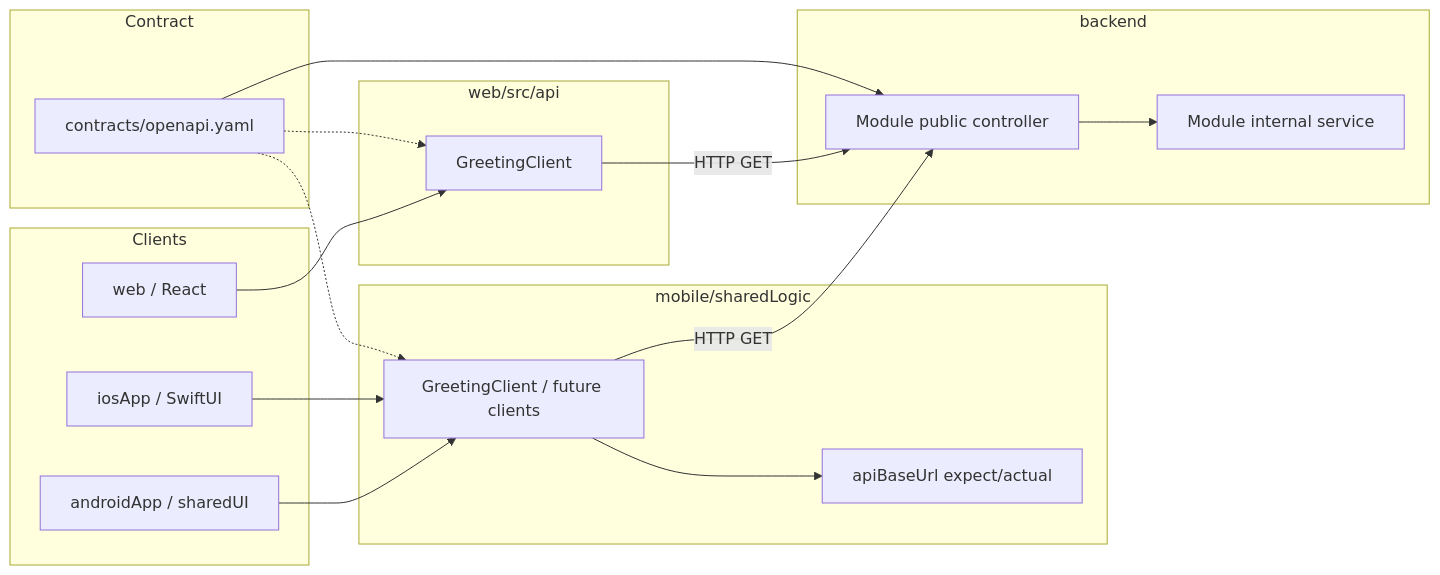
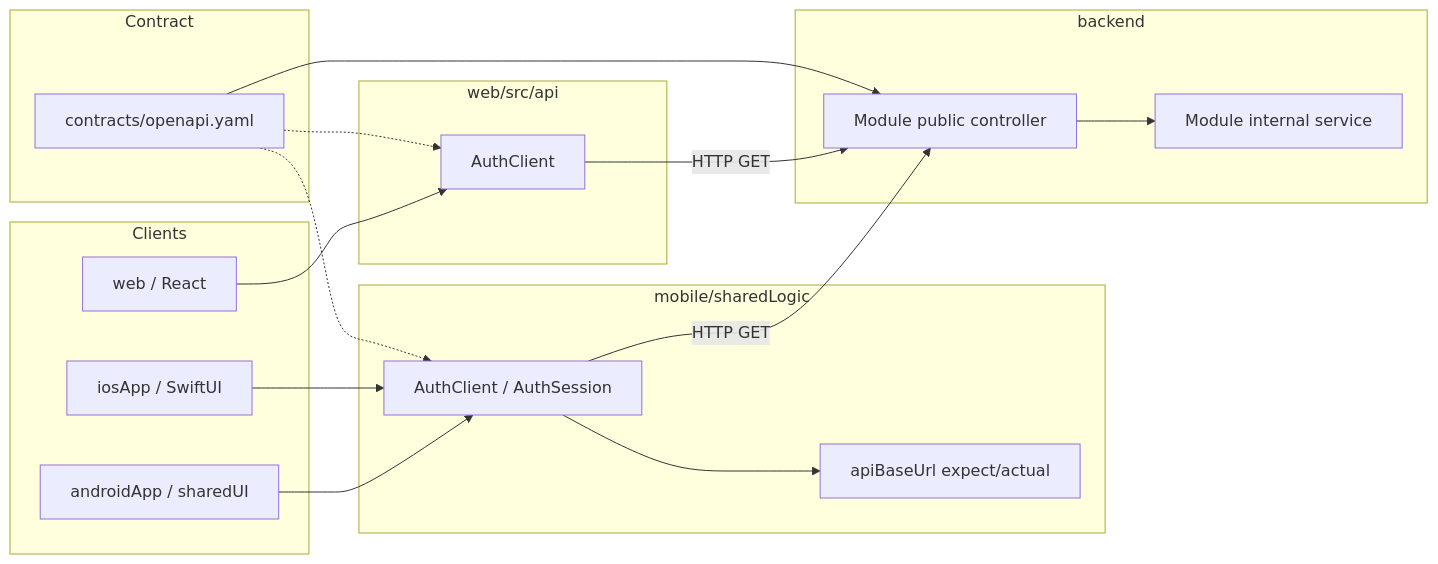
Before and after one commit to mccajr2/family-carpool: the diagram in docs/architecture.md, drawn with Mermaid. The commit also changed other lines of this file and 90 other files, not shown here.

First line of the commit message:
Ship adult email OTP auth and remove the greeting harness.

````diff
--- a/docs/architecture.md
+++ b/docs/architecture.md
@@ -125,37 +142,37 @@
 ```mermaid
 flowchart LR
     subgraph clients [Clients]
         Android[androidApp / sharedUI]
         iOS[iosApp / SwiftUI]
         Web[web / React]
     end
 
     subgraph mobile [mobile/sharedLogic]
-        Client[GreetingClient / future clients]
+        Client[AuthClient / AuthSession]
         ApiConfig[apiBaseUrl expect/actual]
     end
 
     subgraph webApp [web/src/api]
-        WebClient[GreetingClient]
+        WebClient[AuthClient]
     end
 
     subgraph contract [Contract]
         OpenAPI[contracts/openapi.yaml]
     end
 
     subgraph backend [backend]
         Controller[Module public controller]
         Service[Module internal service]
     end
 
     Android --> Client
     iOS --> Client
     Web --> WebClient
     Client --> ApiConfig
     Client -->|HTTP GET| Controller
     WebClient -->|HTTP GET| Controller
     OpenAPI --> Controller
     OpenAPI -.-> Client
     OpenAPI -.-> WebClient
     Controller --> Service
 ```
````
